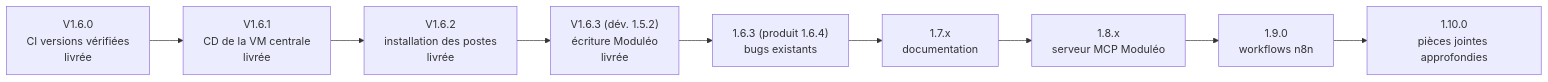
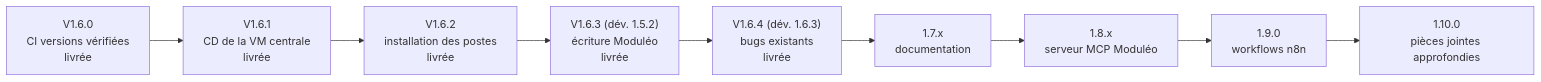
The third of 3 diagrams in README.md (UlyssouLV/BBASS-Agents-IA), drawn with Mermaid before and after one commit. The commit also changed other lines of this file and 9 other files, not shown here.

````diff
--- a/README.md
+++ b/README.md
@@ -174,11 +174,11 @@
 ```mermaid
 flowchart LR
   V160["V1.6.0<br/>CI versions vérifiées<br/>livrée"] --> V161["V1.6.1<br/>CD de la VM centrale<br/>livrée"]
   V161 --> V162["V1.6.2<br/>installation des postes<br/>livrée"]
   V162 --> V163["V1.6.3 (dév. 1.5.2)<br/>écriture Moduléo<br/>livrée"]
-  V163 --> D163["1.6.3 (produit 1.6.4)<br/>bugs existants"]
-  D163 --> V170["1.7.x<br/>documentation"]
+  V163 --> V164["V1.6.4 (dév. 1.6.3)<br/>bugs existants<br/>livrée"]
+  V164 --> V170["1.7.x<br/>documentation"]
   V170 --> V180["1.8.x<br/>serveur MCP Moduléo"]
   V180 --> V190["1.9.0<br/>workflows n8n"]
   V190 --> V1100["1.10.0<br/>pièces jointes approfondies"]
 ```
````
